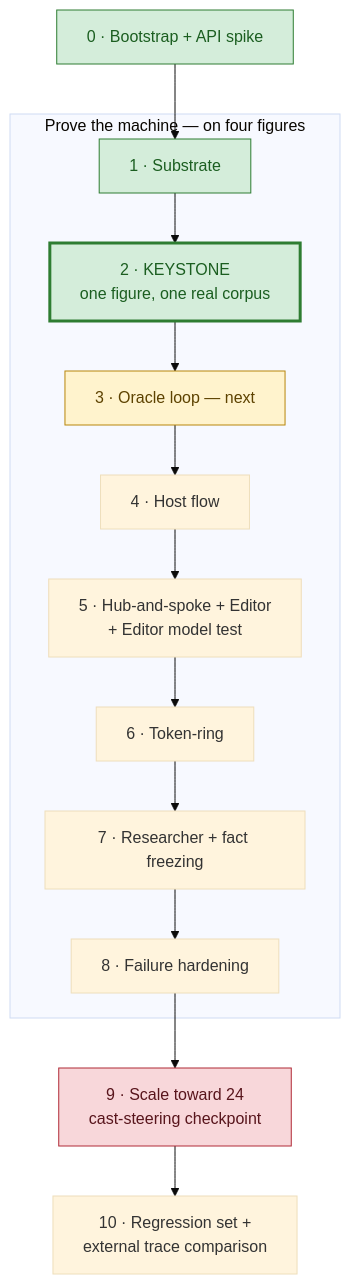
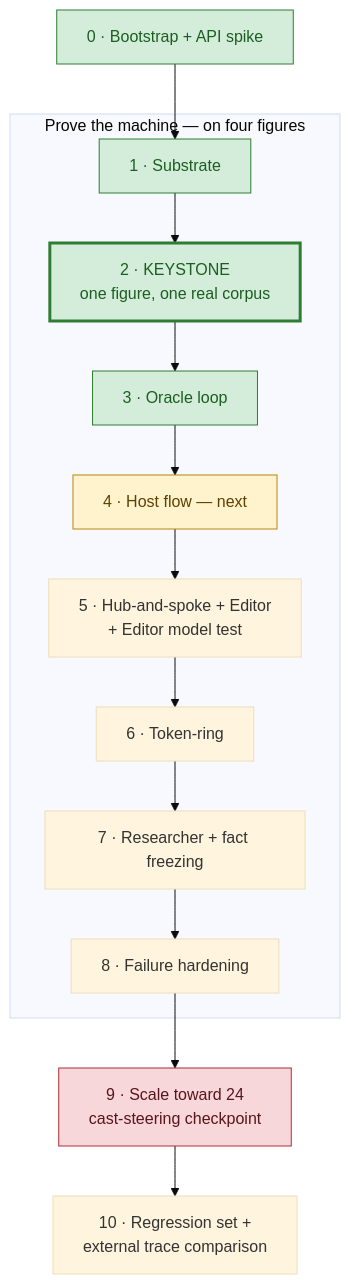
The diagram in docs/AGENT_CHOIR_V2_BUILD_PLAN.md (a-j-rz/agent-choir-studio-2), drawn with Mermaid (base theme) before and after one commit. The commit also changed other lines of this file and 9 other files, not shown here.

````diff
--- a/docs/AGENT_CHOIR_V2_BUILD_PLAN.md
+++ b/docs/AGENT_CHOIR_V2_BUILD_PLAN.md
@@ -23,30 +23,30 @@
 ```mermaid
 flowchart TD
     P0["0 · Bootstrap + API spike"]:::done --> P1["1 · Substrate"]:::done
     P1 --> P2["2 · KEYSTONE<br/>one figure, one real corpus"]:::keydone
-    P2 --> P3["3 · Oracle loop — next"]:::next
-    P3 --> P4["4 · Host flow"]
+    P2 --> P3["3 · Oracle loop"]:::done
+    P3 --> P4["4 · Host flow — next"]:::next
     P4 --> P5["5 · Hub-and-spoke + Editor<br/>+ Editor model test"]
     P5 --> P6["6 · Token-ring"]
     P6 --> P7["7 · Researcher + fact freezing"]
     P7 --> P8["8 · Failure hardening"]
     P8 --> P9["9 · Scale toward 24<br/>cast-steering checkpoint"]:::check
     P9 --> P10["10 · Regression set +<br/>external trace comparison"]
 
     subgraph Machine["Prove the machine — on four figures"]
         P1
         P2
         P3
         P4
         P5
         P6
         P7
         P8
     end
 
     classDef done fill:#d4edda,stroke:#2e7d32,color:#1b5e20
     classDef next fill:#fff3cd,stroke:#b8860b,color:#5d4200
     classDef key fill:#cfe2ff,stroke:#0b5ed7,color:#052c65,stroke-width:3px
     classDef keydone fill:#d4edda,stroke:#2e7d32,color:#1b5e20,stroke-width:3px
     classDef check fill:#f8d7da,stroke:#b02a37,color:#58151c
 ```
````
